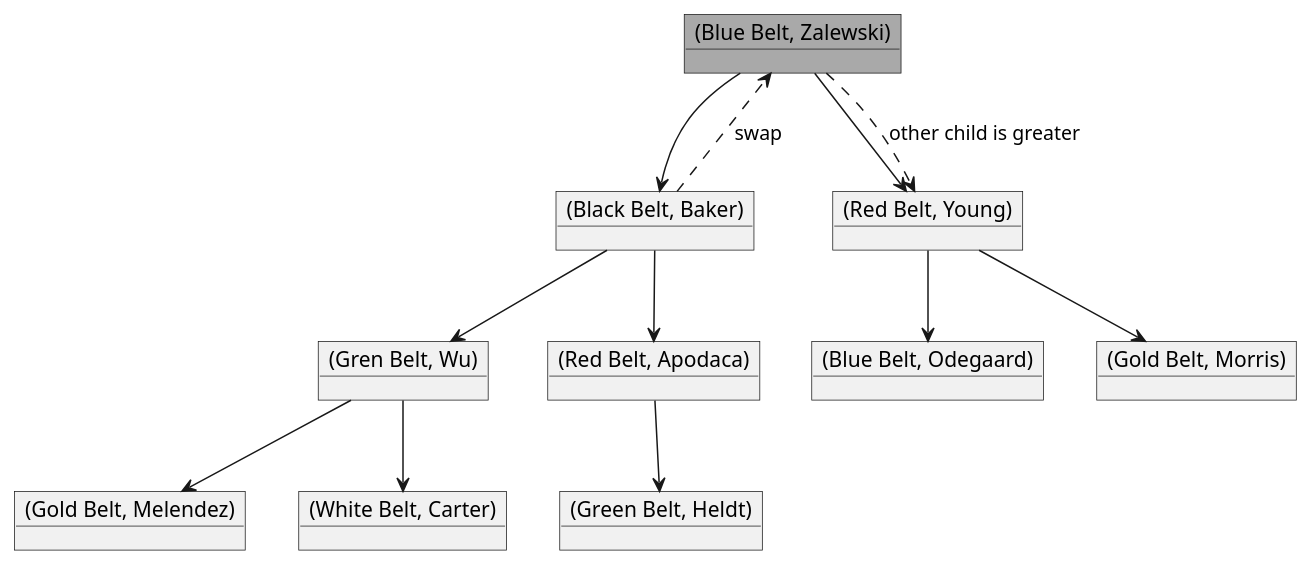
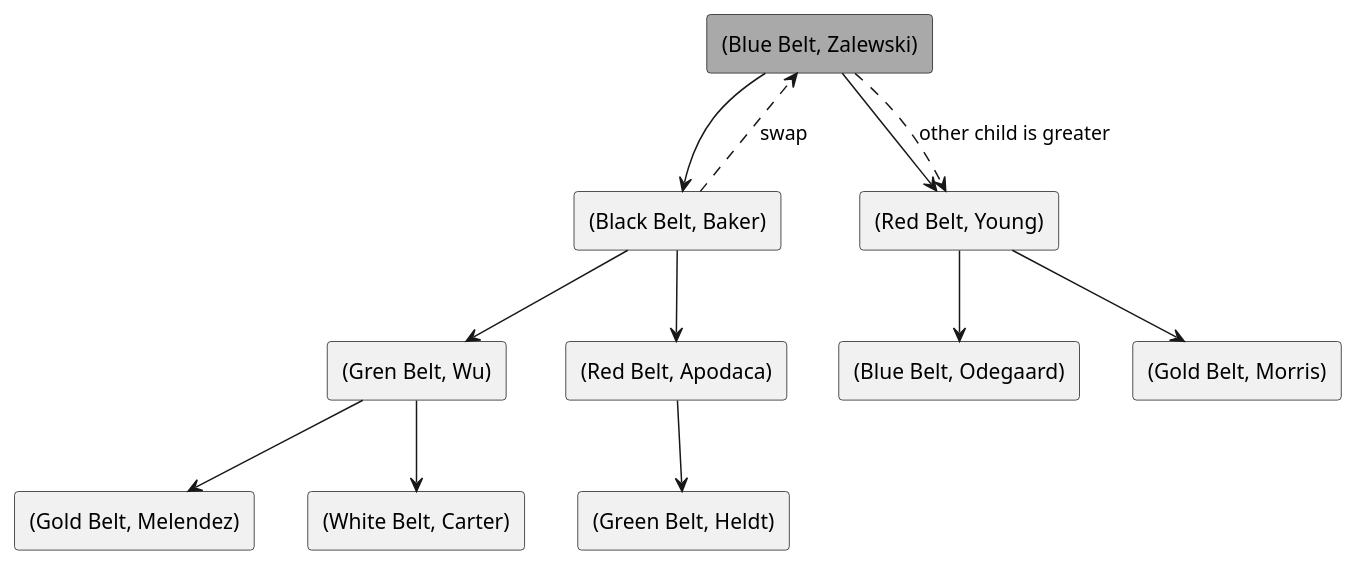
The ninth of 14 diagrams in docs/16_Heaps.md (elviejo79/literate_pro_for_beeminder), drawn with PlantUML before and after one commit. The commit also changed other lines of this file and 2 other files, not shown here.

````diff
--- a/docs/16_Heaps.md
+++ b/docs/16_Heaps.md
@@ -663,31 +666,31 @@
 ```plantuml
 @startuml
 top to bottom direction
 
-object "(Blue Belt, Zalewski)" as zalewski #darkgray
-object "(Black Belt, Baker)" as baker
-object "(Gren Belt, Wu)" as wu
-object "(Gold Belt, Melendez)" as melendez
-object "(White Belt, Carter)" as carter
-object "(Red Belt, Apodaca)" as apodaca
-object "(Green Belt, Heldt)" as heldt
-object "(Red Belt, Young)" as young
-object "(Blue Belt, Odegaard)" as odegaard
-object "(Gold Belt, Morris)" as morris
+rectangle "(Blue Belt, Zalewski)" as zalewski #darkgray
+rectangle "(Black Belt, Baker)" as baker
+rectangle "(Gren Belt, Wu)" as wu
+rectangle "(Gold Belt, Melendez)" as melendez
+rectangle "(White Belt, Carter)" as carter
+rectangle "(Red Belt, Apodaca)" as apodaca
+rectangle "(Green Belt, Heldt)" as heldt
+rectangle "(Red Belt, Young)" as young
+rectangle "(Blue Belt, Odegaard)" as odegaard
+rectangle "(Gold Belt, Morris)" as morris
 
 
 zalewski --> baker
 baker --> wu
 wu --> melendez
 wu --> carter
 baker --> apodaca
 apodaca --> heldt
 zalewski --> young
 young --> odegaard
 young --> morris
 
 baker ..> zalewski : swap
 zalewski ..> young : other child is greater
 
 @enduml
 ```
````
